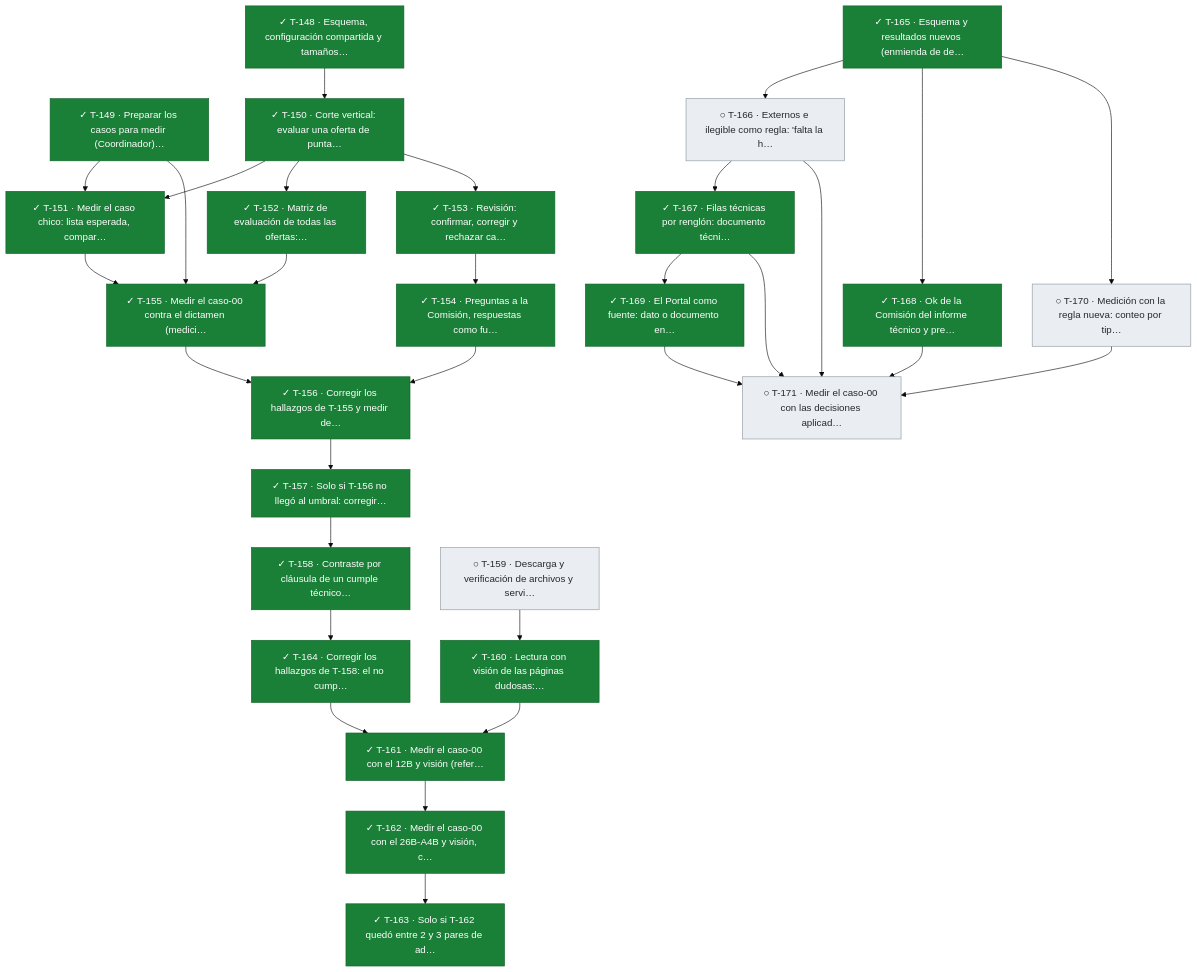
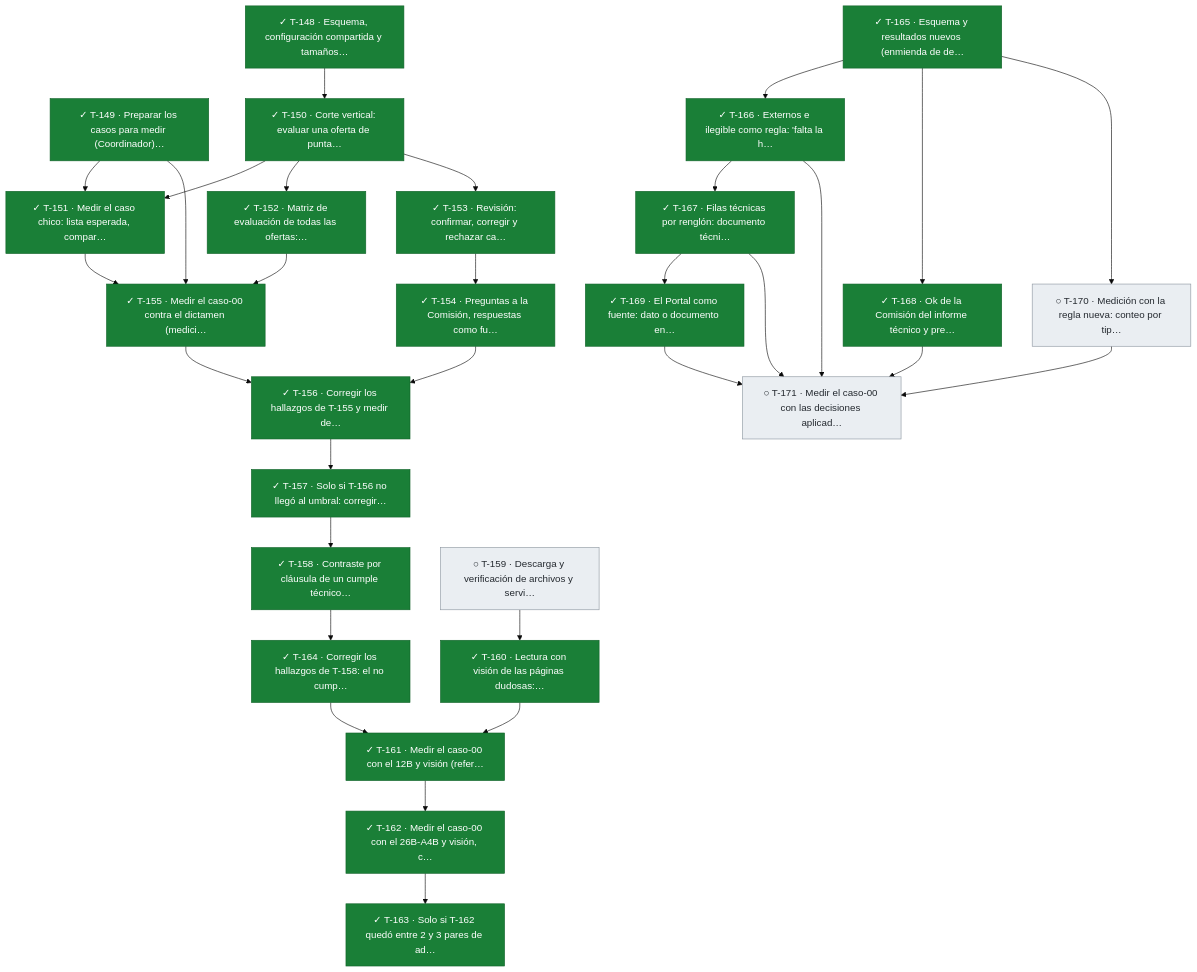
Before and after one commit to snavello/EVALUON: the seventh of 11 diagrams in docs/tablero.md, drawn with Mermaid (base theme). The commit also changed other lines of this file and 1 other file, not shown here.

````diff
--- a/docs/tablero.md
+++ b/docs/tablero.md
@@ -699,61 +699,61 @@
 ```mermaid
 flowchart TD
   T148["✓ T-148 · Esquema, configuración compartida y tamaños…"]:::done
   T149["✓ T-149 · Preparar los casos para medir (Coordinador)…"]:::done
   T150["✓ T-150 · Corte vertical: evaluar una oferta de punta…"]:::done
   T151["✓ T-151 · Medir el caso chico: lista esperada, compar…"]:::done
   T152["✓ T-152 · Matriz de evaluación de todas las ofertas:…"]:::done
   T153["✓ T-153 · Revisión: confirmar, corregir y rechazar ca…"]:::done
   T154["✓ T-154 · Preguntas a la Comisión, respuestas como fu…"]:::done
   T155["✓ T-155 · Medir el caso-00 contra el dictamen (medici…"]:::done
   T156["✓ T-156 · Corregir los hallazgos de T-155 y medir de…"]:::done
   T157["✓ T-157 · Solo si T-156 no llegó al umbral: corregir…"]:::done
   T158["✓ T-158 · Contraste por cláusula de un cumple técnico…"]:::done
   T164["✓ T-164 · Corregir los hallazgos de T-158: el no cump…"]:::done
   T159["○ T-159 · Descarga y verificación de archivos y servi…"]:::todo
   T160["✓ T-160 · Lectura con visión de las páginas dudosas:…"]:::done
   T161["✓ T-161 · Medir el caso-00 con el 12B y visión (refer…"]:::done
   T162["✓ T-162 · Medir el caso-00 con el 26B-A4B y visión, c…"]:::done
   T163["✓ T-163 · Solo si T-162 quedó entre 2 y 3 pares de ad…"]:::done
   T165["✓ T-165 · Esquema y resultados nuevos (enmienda de de…"]:::done
-  T166["○ T-166 · Externos e ilegible como regla: 'falta la h…"]:::todo
+  T166["✓ T-166 · Externos e ilegible como regla: 'falta la h…"]:::done
   T167["✓ T-167 · Filas técnicas por renglón: documento técni…"]:::done
   T168["✓ T-168 · Ok de la Comisión del informe técnico y pre…"]:::done
   T169["✓ T-169 · El Portal como fuente: dato o documento en…"]:::done
   T170["○ T-170 · Medición con la regla nueva: conteo por tip…"]:::todo
   T171["○ T-171 · Medir el caso-00 con las decisiones aplicad…"]:::todo
   T148 --> T150
   T149 --> T151
   T150 --> T151
   T150 --> T152
   T150 --> T153
   T153 --> T154
   T149 --> T155
   T151 --> T155
   T152 --> T155
   T154 --> T156
   T155 --> T156
   T156 --> T157
   T157 --> T158
   T158 --> T164
   T159 --> T160
   T160 --> T161
   T164 --> T161
   T161 --> T162
   T162 --> T163
   T165 --> T166
   T166 --> T167
   T165 --> T168
   T167 --> T169
   T165 --> T170
   T166 --> T171
   T167 --> T171
   T168 --> T171
   T169 --> T171
   T170 --> T171
   classDef done fill:#1a7f37,stroke:#116329,color:#ffffff
   classDef review fill:#0969da,stroke:#0550ae,color:#ffffff
   classDef active fill:#bf8700,stroke:#7d4e00,color:#ffffff
   classDef blocked fill:#cf222e,stroke:#a40e26,color:#ffffff
   classDef todo fill:#eaeef2,stroke:#8c959f,color:#24292f
 ```
````
